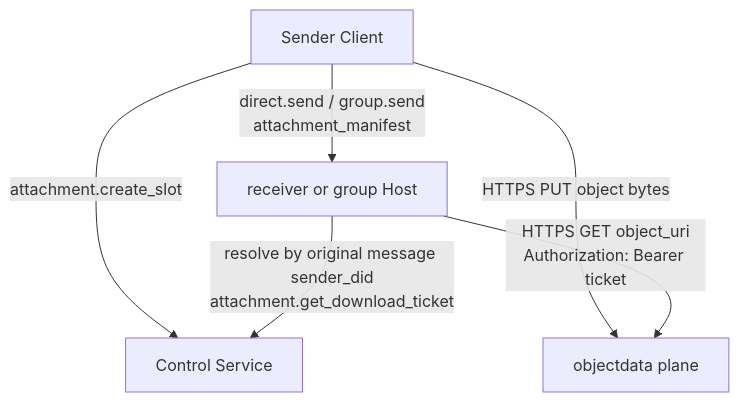
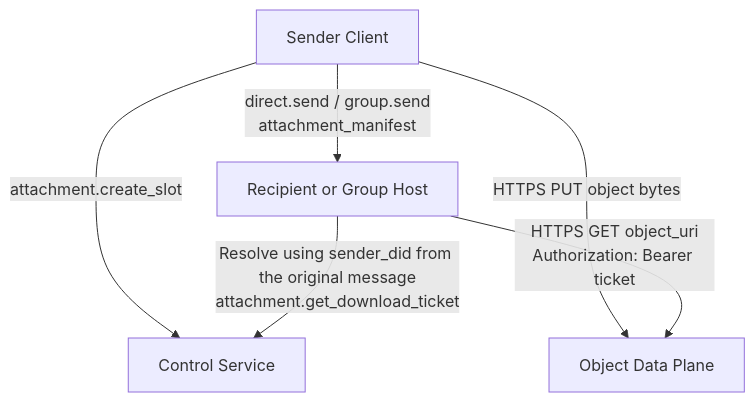
One commit to NeatNerdPrime/AgentNetworkProtocol changed the first of 5 diagrams in message/07-attachments-and-object-transfer.md. Above: the diagram before and after it, drawn with Mermaid. The commit also changed other lines of this file and 7 other files, not shown here.

````diff
--- a/message/07-attachments-and-object-transfer.md
+++ b/message/07-attachments-and-object-transfer.md
@@ -183,8 +183,8 @@
 ```mermaid
 flowchart TD
-A[Sender Client] -->|attachment.create_slot| S[Control Service]
-A -->|HTTPS PUT object bytes| O[objectdata plane]
-A -->|direct.send / group.send\nattachment_manifest| M[receiver or group Host]
-    M -->|resolve by original message sender_did\nattachment.get_download_ticket| S
+    A[Sender Client] -->|attachment.create_slot| S[Control Service]
+    A -->|HTTPS PUT object bytes| O[Object Data Plane]
+    A -->|direct.send / group.send\nattachment_manifest| M[Recipient or Group Host]
+    M -->|Resolve using sender_did from the original message\nattachment.get_download_ticket| S
     M -->|HTTPS GET object_uri\nAuthorization: Bearer ticket| O
 ```
````
